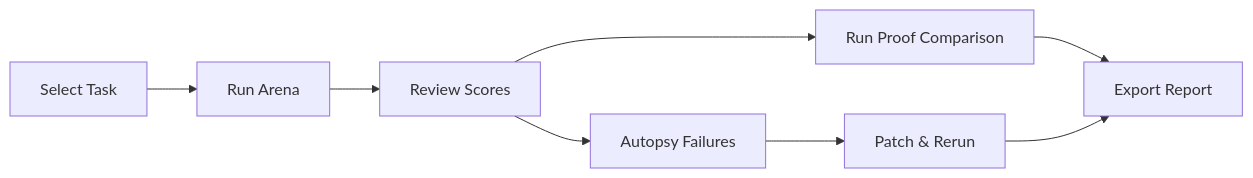
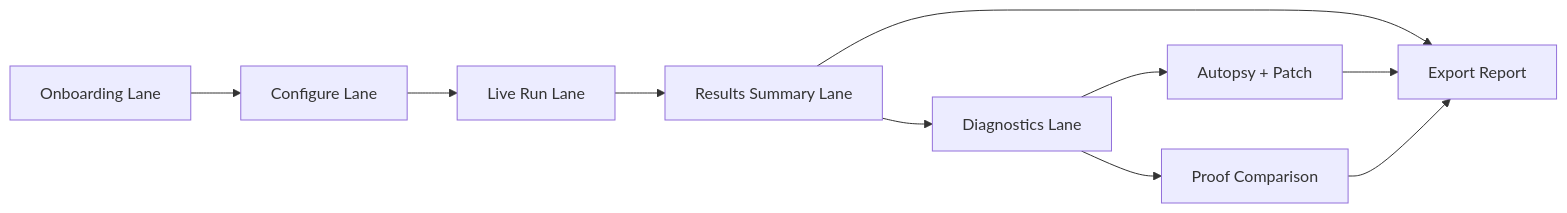
Before and after one commit to jlov7/scaffold-arena: the diagram in docs/user-guide.md, drawn with Mermaid. The commit also changed other lines of this file and 270 other files, not shown here.

First line of the commit message:
feat: ship lane-based Scaffold Arena workbench and docs platform

````diff
--- a/docs/user-guide.md
+++ b/docs/user-guide.md
@@ -13,10 +15,12 @@
 ```mermaid
 graph LR
-    A["Select Task"] --> B["Run Arena"]
-    B --> C["Review Scores"]
-    C --> D["Run Proof Comparison"]
-    C --> E["Autopsy Failures"]
-    E --> F["Patch & Rerun"]
-    D --> G["Export Report"]
-    F --> G
+    A["Onboarding Lane"] --> B["Configure Lane"]
+    B --> C["Live Run Lane"]
+    C --> D["Results Summary Lane"]
+    D --> E["Diagnostics Lane"]
+    E --> F["Autopsy + Patch"]
+    E --> G["Proof Comparison"]
+    D --> H["Export Report"]
+    F --> H
+    G --> H
 ```
````
